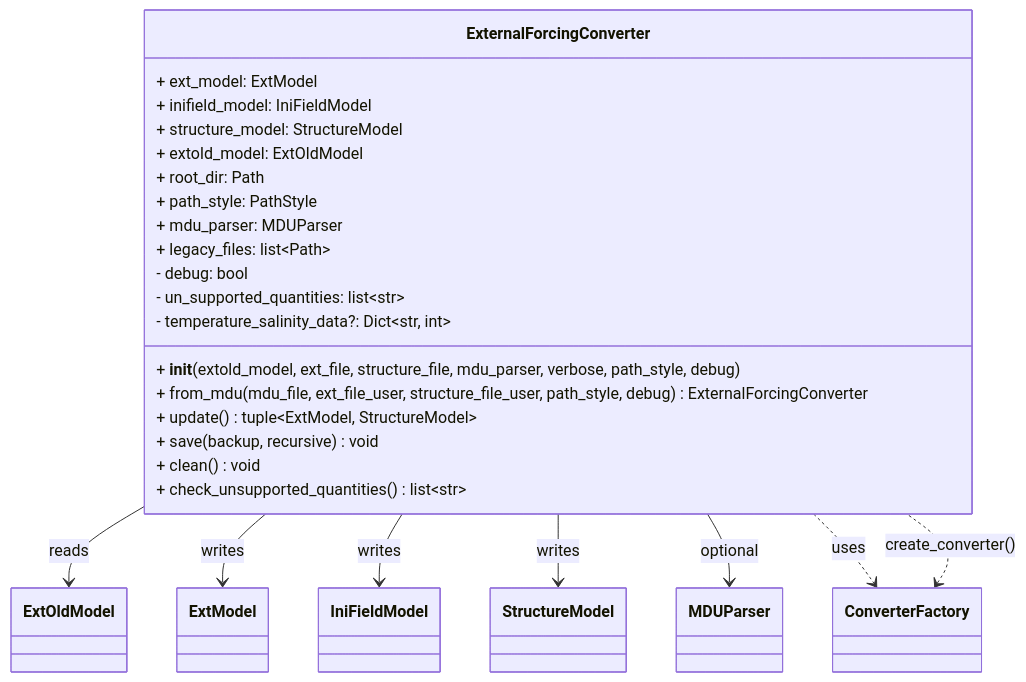
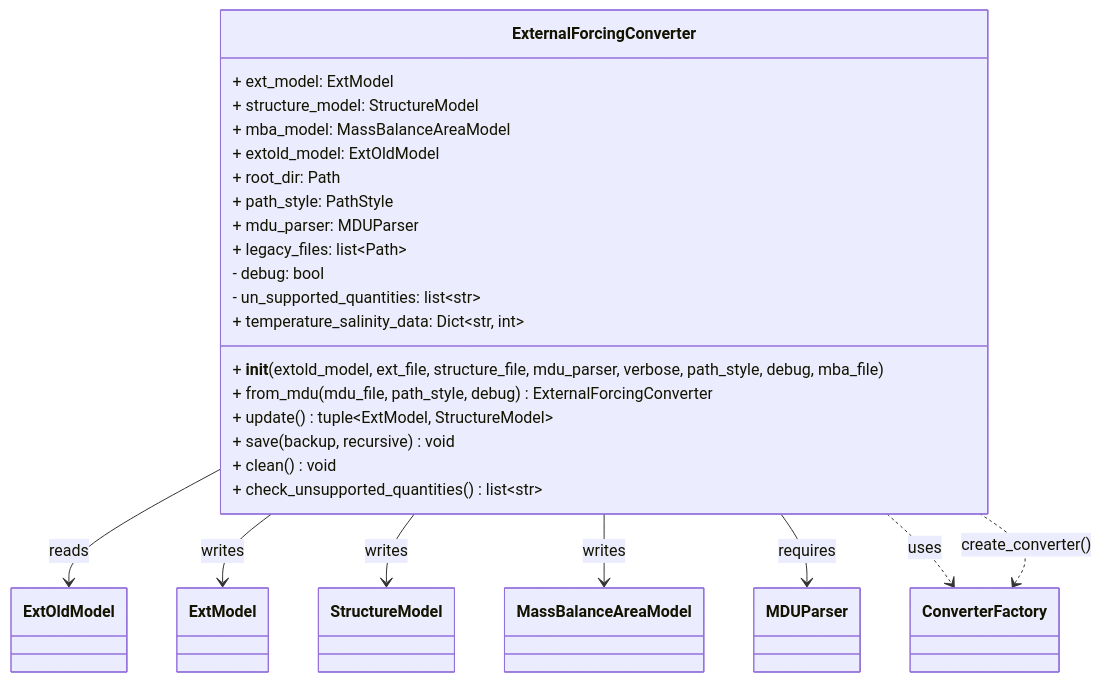
One commit to Deltares/HYDROLIB-core changed the second of 4 diagrams in docs/reference/tools/extforce-convert/extforce_convert.md. Above: the diagram before and after it, drawn with Mermaid. The commit also changed other lines of this file and 2 other files, not shown here.

````diff
--- a/docs/reference/tools/extforce-convert/extforce_convert.md
+++ b/docs/reference/tools/extforce-convert/extforce_convert.md
@@ -302,30 +316,30 @@
 ```mermaid
 classDiagram
     class ExternalForcingConverter {
-        + __init__(extold_model, ext_file, structure_file, mdu_parser, verbose, path_style, debug)
-        + from_mdu(mdu_file, ext_file_user, structure_file_user, path_style, debug) ExternalForcingConverter
+        + __init__(extold_model, ext_file, structure_file, mdu_parser, verbose, path_style, debug, mba_file)
+        + from_mdu(mdu_file, path_style, debug) ExternalForcingConverter
         + update() tuple~ExtModel, StructureModel~
         + save(backup, recursive) void
         + clean() void
         + check_unsupported_quantities() list~str~
         + ext_model: ExtModel
-        + inifield_model: IniFieldModel
         + structure_model: StructureModel
+        + mba_model: MassBalanceAreaModel
         + extold_model: ExtOldModel
         + root_dir: Path
         + path_style: PathStyle
         + mdu_parser: MDUParser
         + legacy_files: list~Path~
         - debug: bool
         - un_supported_quantities: list~str~
-        - temperature_salinity_data?: Dict~str, int~
+        + temperature_salinity_data: Dict~str, int~
     }
 
     ExternalForcingConverter --> ExtOldModel : reads
     ExternalForcingConverter --> ExtModel : writes
-    ExternalForcingConverter --> IniFieldModel : writes
     ExternalForcingConverter --> StructureModel : writes
-    ExternalForcingConverter --> MDUParser : optional
+    ExternalForcingConverter --> MassBalanceAreaModel : writes
+    ExternalForcingConverter --> MDUParser : requires
     ExternalForcingConverter ..> ConverterFactory : uses
     ConverterFactory <.. ExternalForcingConverter : create_converter()
 ```
````
